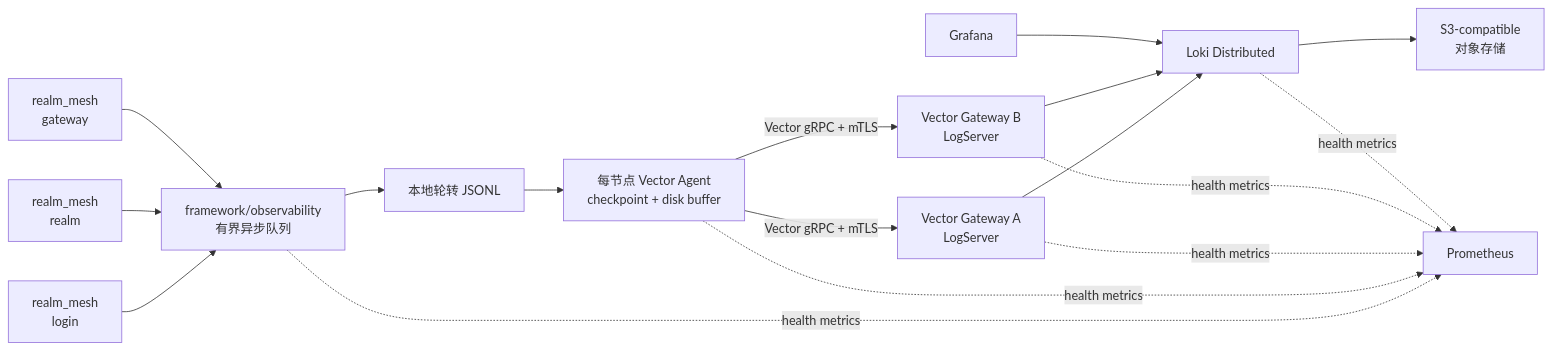
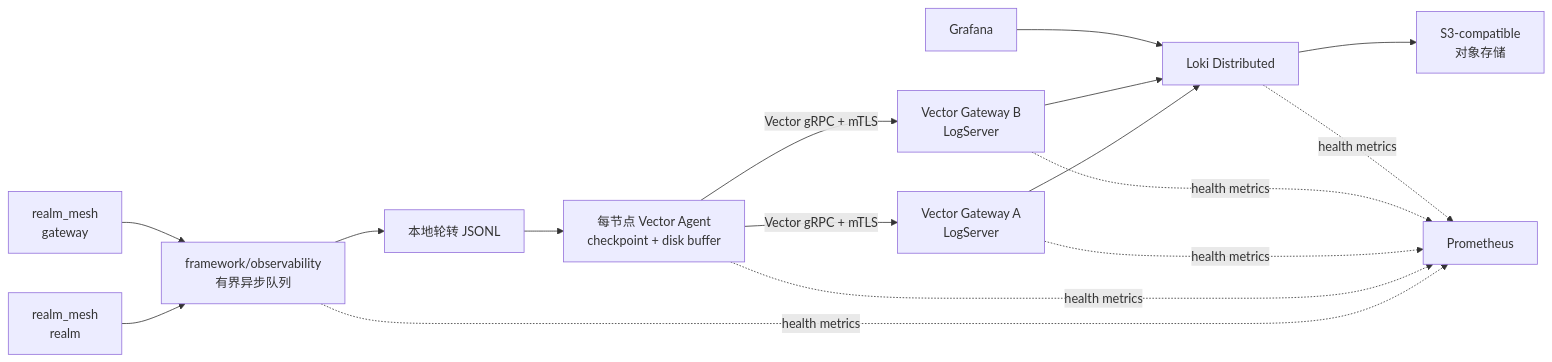
The diagram in docs/logging-architecture.md (lvivvde/RealmMesh), drawn with Mermaid before and after one commit. The commit also changed other lines of this file and 36 other files, not shown here.

````diff
--- a/docs/logging-architecture.md
+++ b/docs/logging-architecture.md
@@ -43,31 +43,29 @@
 ```mermaid
 flowchart LR
-    Login[realm_mesh<br/>login]
     Realm[realm_mesh<br/>realm]
     Gateway[realm_mesh<br/>gateway]
     Logging[framework/observability<br/>有界异步队列]
     Jsonl[本地轮转 JSONL]
     Agent[每节点 Vector Agent<br/>checkpoint + disk buffer]
     LogA[Vector Gateway A<br/>LogServer]
     LogB[Vector Gateway B<br/>LogServer]
     Loki[Loki Distributed]
     ObjectStore[S3-compatible<br/>对象存储]
     Grafana[Grafana]
     Prometheus[Prometheus]
 
-    Login --> Logging
     Realm --> Logging
     Gateway --> Logging
     Logging --> Jsonl --> Agent
     Agent -->|Vector gRPC + mTLS| LogA
     Agent -->|Vector gRPC + mTLS| LogB
     LogA --> Loki
     LogB --> Loki
     Loki --> ObjectStore
     Grafana --> Loki
     Logging -. health metrics .-> Prometheus
     Agent -. health metrics .-> Prometheus
     LogA -. health metrics .-> Prometheus
     LogB -. health metrics .-> Prometheus
     Loki -. health metrics .-> Prometheus
 ```
````
